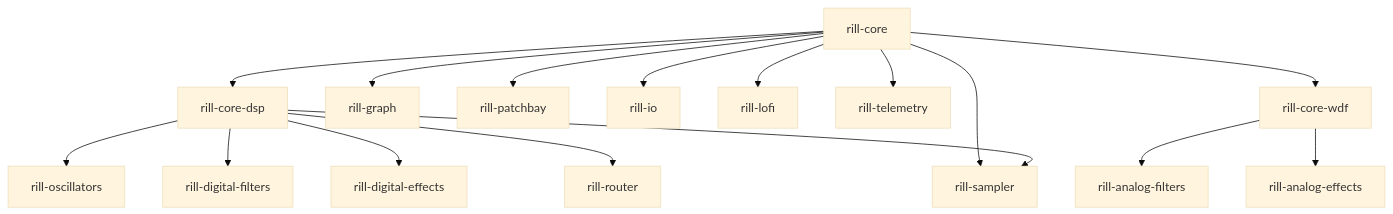
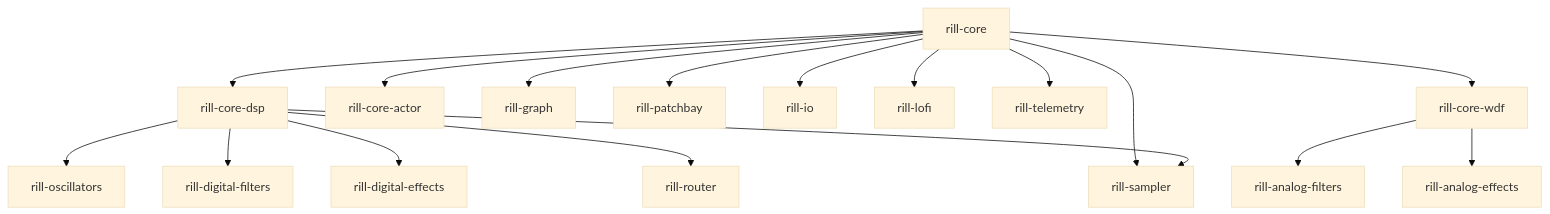
Before and after one commit to digitalrats/rill: the diagram in README.md, drawn with Mermaid (base theme). The commit also changed other lines of this file and 1 other file, not shown here.

Commit message:
docs: add rill-core-actor to README and architecture docs

````diff
--- a/README.md
+++ b/README.md
@@ -96,18 +99,19 @@
 ```mermaid
 graph TD
     CORE[rill-core] --> CORE_DSP[rill-core-dsp]
+    CORE --> CORE_ACTOR[rill-core-actor]
     CORE --> GRAPH[rill-graph]
     CORE_DSP --> OSC[rill-oscillators]
     CORE_DSP --> FILTERS[rill-digital-filters]
     CORE_DSP --> EFFECTS[rill-digital-effects]
     CORE_DSP --> ROUTER[rill-router]
     CORE --> PATCHBAY[rill-patchbay]
     CORE --> IO[rill-io]
     CORE --> LOFI[rill-lofi]
     CORE --> TELEMETRY[rill-telemetry]
     CORE --> CORE_WDF[rill-core-wdf]
     CORE_WDF --> ANALOG_FILTERS[rill-analog-filters]
     CORE_WDF --> ANALOG_EFFECTS[rill-analog-effects]
     CORE --> SAMPLER[rill-sampler]
     CORE_DSP --> SAMPLER
 ```
````
